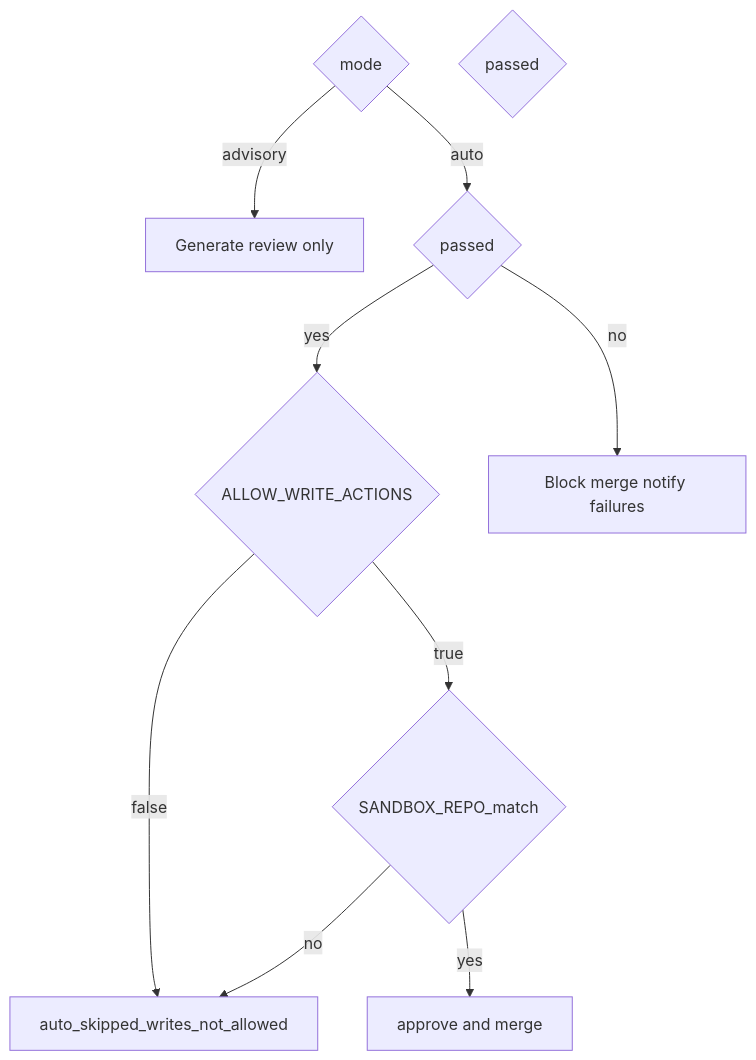
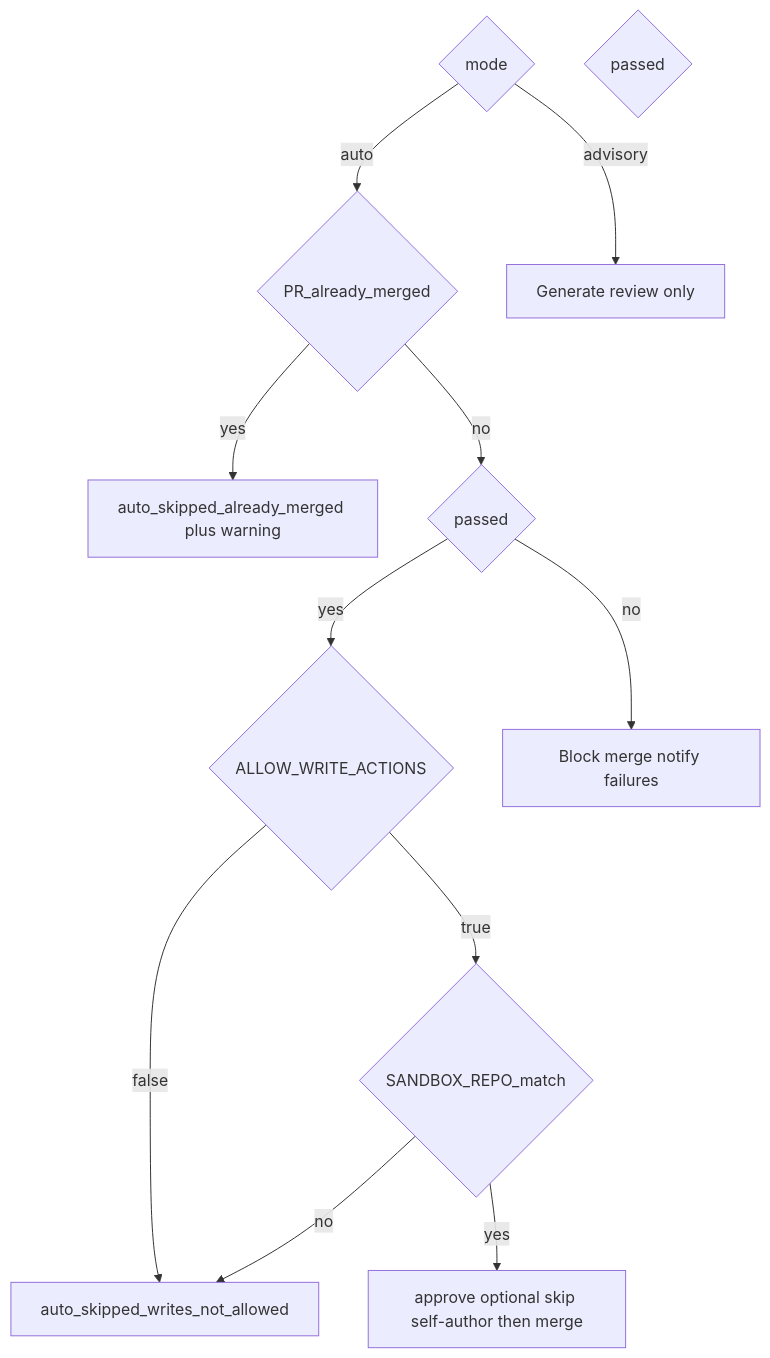
Before and after one commit to dwgupta/pr-governance-agent: the eighth of 8 diagrams in docs/pr-governance-agent-architecture.md, drawn with Mermaid. The commit also changed other lines of this file and 29 other files, not shown here.

````diff
--- a/docs/pr-governance-agent-architecture.md
+++ b/docs/pr-governance-agent-architecture.md
@@ -292,16 +296,19 @@
 ```mermaid
 flowchart TD
   mode{mode}
+  merged{PR_already_merged}
   passed{passed}
   writes{ALLOW_WRITE_ACTIONS}
   sandbox{SANDBOX_REPO_match}
 
   mode -->|advisory| A[Generate review only]
-  mode -->|auto| B{passed}
+  mode -->|auto| merged
+  merged -->|yes| F[auto_skipped_already_merged plus warning]
+  merged -->|no| B{passed}
   B -->|no| C[Block merge notify failures]
   B -->|yes| writes
   writes -->|false| D[auto_skipped_writes_not_allowed]
   writes -->|true| sandbox
-  sandbox -->|yes| E[approve and merge]
+  sandbox -->|yes| E[approve optional skip self-author then merge]
   sandbox -->|no| D
 ```
````
